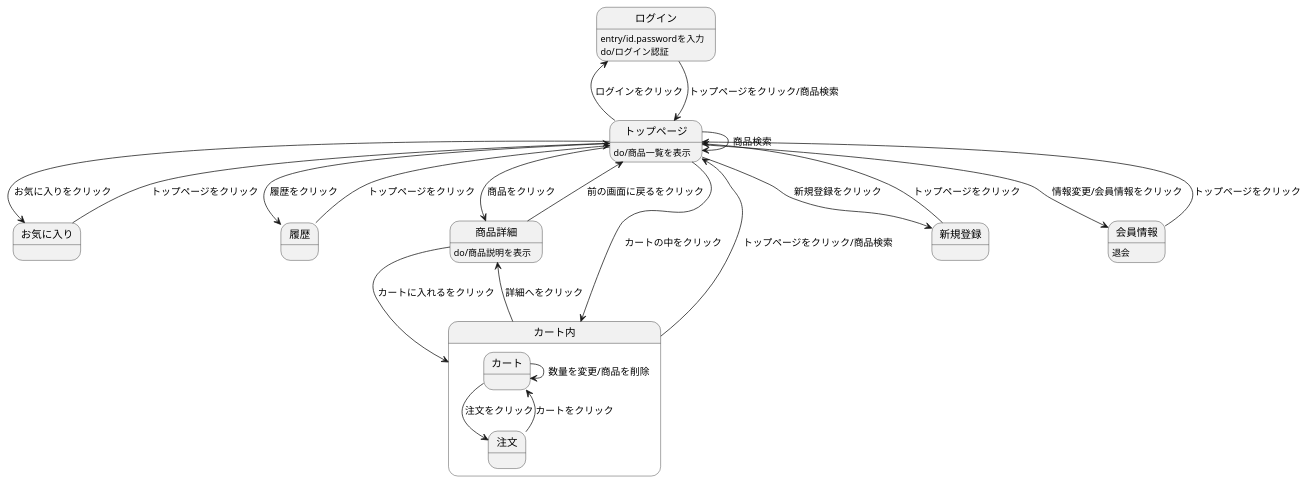
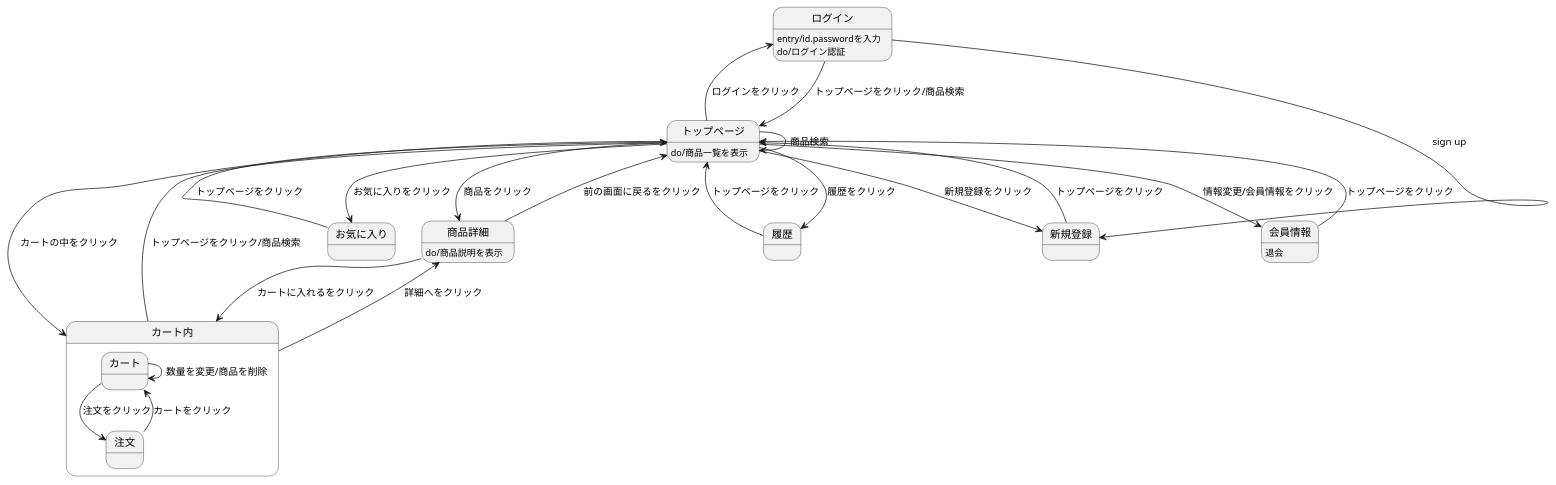
The diagram in kouki/zu.md (aso2001153/2021sys-design), drawn with PlantUML before and after one commit.

```diff
--- a/kouki/zu.md
+++ b/kouki/zu.md
@@ -1,30 +1,31 @@
 @startuml
 新規登録 --> トップページ : トップページをクリック
 会員情報 --> トップページ :トップページをクリック
 会員情報 : 退会
 ログイン --> トップページ : トップページをクリック/商品検索
+ログイン --> 新規登録 : sign up
 ログイン : entry/id.passwordを入力
 ログイン : do/ログイン認証
 トップページ --> 新規登録 : 新規登録をクリック
 トップページ --> お気に入り : お気に入りをクリック
 トップページ --> 履歴 : 履歴をクリック
 トップページ --> 会員情報 : 情報変更/会員情報をクリック
 トップページ -> トップページ : 商品検索
 トップページ -> 商品詳細 : 商品をクリック
 トップページ -left-> ログイン : ログインをクリック
 トップページ --> カート内 : カートの中をクリック
 トップページ : do/商品一覧を表示
 商品詳細 --> カート内 : カートに入れるをクリック
 商品詳細 --> トップページ : 前の画面に戻るをクリック
 商品詳細 : do/商品説明を表示
 カート内 -up-> トップページ : トップページをクリック/商品検索
 カート内 -> 商品詳細 : 詳細へをクリック
 お気に入り -> トップページ : トップページをクリック
 履歴 -> トップページ : トップページをクリック
 
 state カート内{
 カート -> 注文 : 注文をクリック
 カート -> カート : 数量を変更/商品を削除
 注文 --> カート : カートをクリック
 }
 @enduml
```
